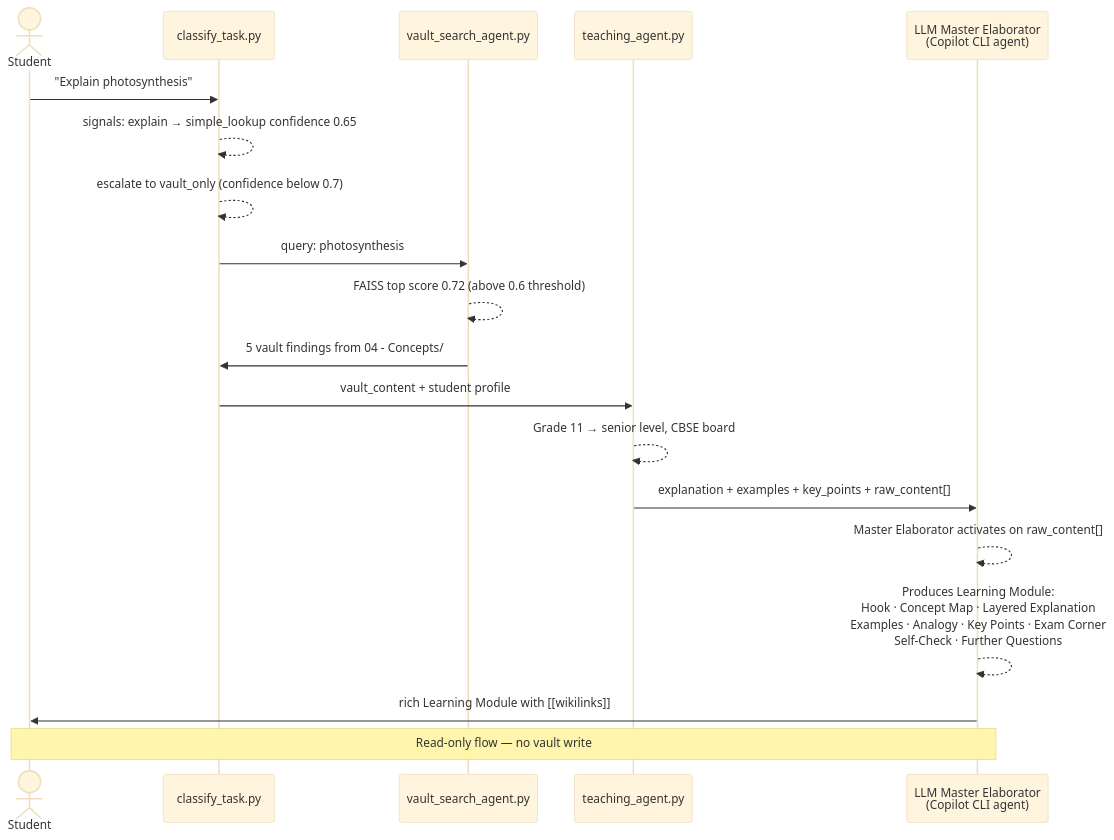
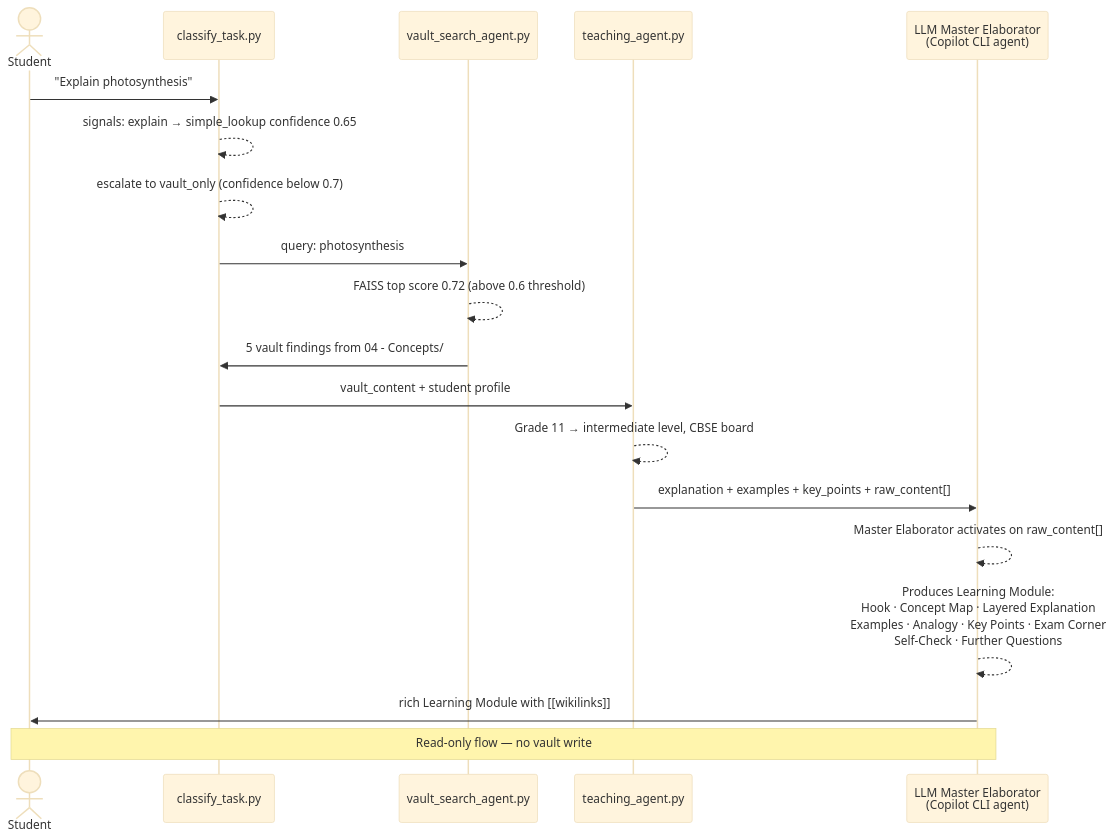
Before and after one commit to rabindranath-mishra/Study_Agent: the eighth of 12 diagrams in 00 - System/Agent Architecture (C4+1).md, drawn with Mermaid (base theme). The commit also changed other lines of this file, not shown here.

First line of the commit message:
docs(architecture): sync C4+1 doc with current tool behaviour

````diff
--- a/00 - System/Agent Architecture (C4+1).md
+++ b/00 - System/Agent Architecture (C4+1).md
@@ -326,22 +328,22 @@
 ```mermaid
 sequenceDiagram
     actor Student
     participant CT as classify_task.py
     participant VS as vault_search_agent.py
     participant TA as teaching_agent.py
     participant LLM as LLM Master Elaborator<br/>(Copilot CLI agent)
 
     Student->>CT: "Explain photosynthesis"
     CT-->>CT: signals: explain → simple_lookup confidence 0.65
     CT-->>CT: escalate to vault_only (confidence below 0.7)
     CT->>VS: query: photosynthesis
     VS-->>VS: FAISS top score 0.72 (above 0.6 threshold)
     VS->>CT: 5 vault findings from 04 - Concepts/
     CT->>TA: vault_content + student profile
-    TA-->>TA: Grade 11 → senior level, CBSE board
+    TA-->>TA: Grade 11 → intermediate level, CBSE board
     TA->>LLM: explanation + examples + key_points + raw_content[]
     LLM-->>LLM: Master Elaborator activates on raw_content[]
     LLM-->>LLM: Produces Learning Module:<br/>Hook · Concept Map · Layered Explanation<br/>Examples · Analogy · Key Points · Exam Corner<br/>Self-Check · Further Questions
     LLM->>Student: rich Learning Module with [[wikilinks]]
     Note over Student,LLM: Read-only flow — no vault write
 ```
````
